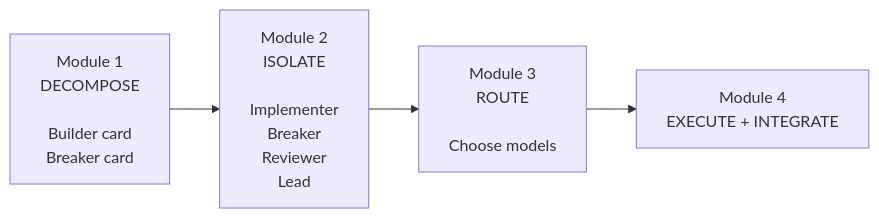
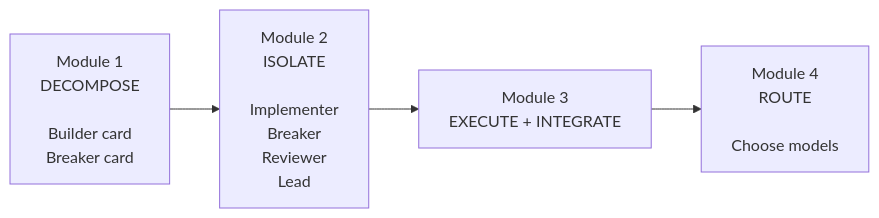
The first of 4 diagrams in student/module-2-agent-crew.md (varoonsahgal/opencode-orchestration), drawn with Mermaid before and after one commit. The commit also changed other lines of this file and 20 other files, not shown here.

````diff
--- a/student/module-2-agent-crew.md
+++ b/student/module-2-agent-crew.md
@@ -50,9 +50,9 @@
 ```mermaid
 flowchart LR
     M1["Module 1<br/>DECOMPOSE<br/><br/>Builder card<br/>Breaker card"]
     M2["Module 2<br/>ISOLATE<br/><br/>Implementer<br/>Breaker<br/>Reviewer<br/>Lead"]
-    M3["Module 3<br/>ROUTE<br/><br/>Choose models"]
-    M4["Module 4<br/>EXECUTE + INTEGRATE"]
+    M3["Module 3<br/>EXECUTE + INTEGRATE"]
+    M4["Module 4<br/>ROUTE<br/><br/>Choose models"]
 
     M1 --> M2 --> M3 --> M4
 ```
````
